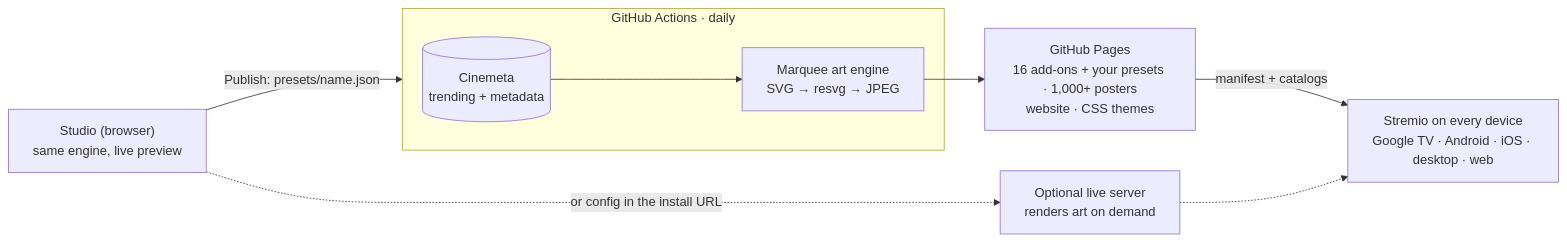
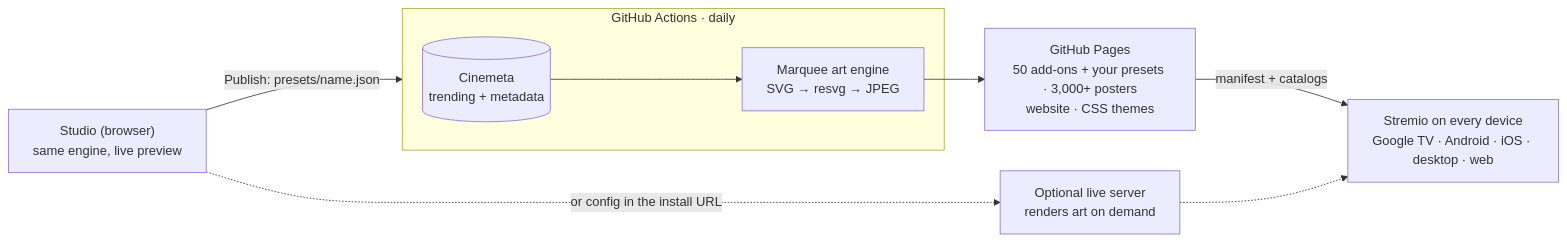
Before and after one commit to Griffdog21/stremio-marquee: the diagram in README.md, drawn with Mermaid. The commit also changed other lines of this file and 46 other files, not shown here.

````diff
--- a/README.md
+++ b/README.md
@@ -167,11 +169,11 @@
 ```mermaid
 flowchart LR
   subgraph build["GitHub Actions · daily"]
     C[(Cinemeta<br/>trending + metadata)] --> E[Marquee art engine<br/>SVG → resvg → JPEG]
   end
-  E --> P["GitHub Pages<br/>16 add-ons + your presets · 1,000+ posters<br/>website · CSS themes"]
+  E --> P["GitHub Pages<br/>50 add-ons + your presets · 3,000+ posters<br/>website · CSS themes"]
   P -->|manifest + catalogs| S["Stremio on every device<br/>Google TV · Android · iOS · desktop · web"]
   U["Studio (browser)<br/>same engine, live preview"] -->|Publish: presets/name.json| build
   U -.->|or config in the install URL| V["Optional live server<br/>renders art on demand"]
   V -.-> S
 ```
````
